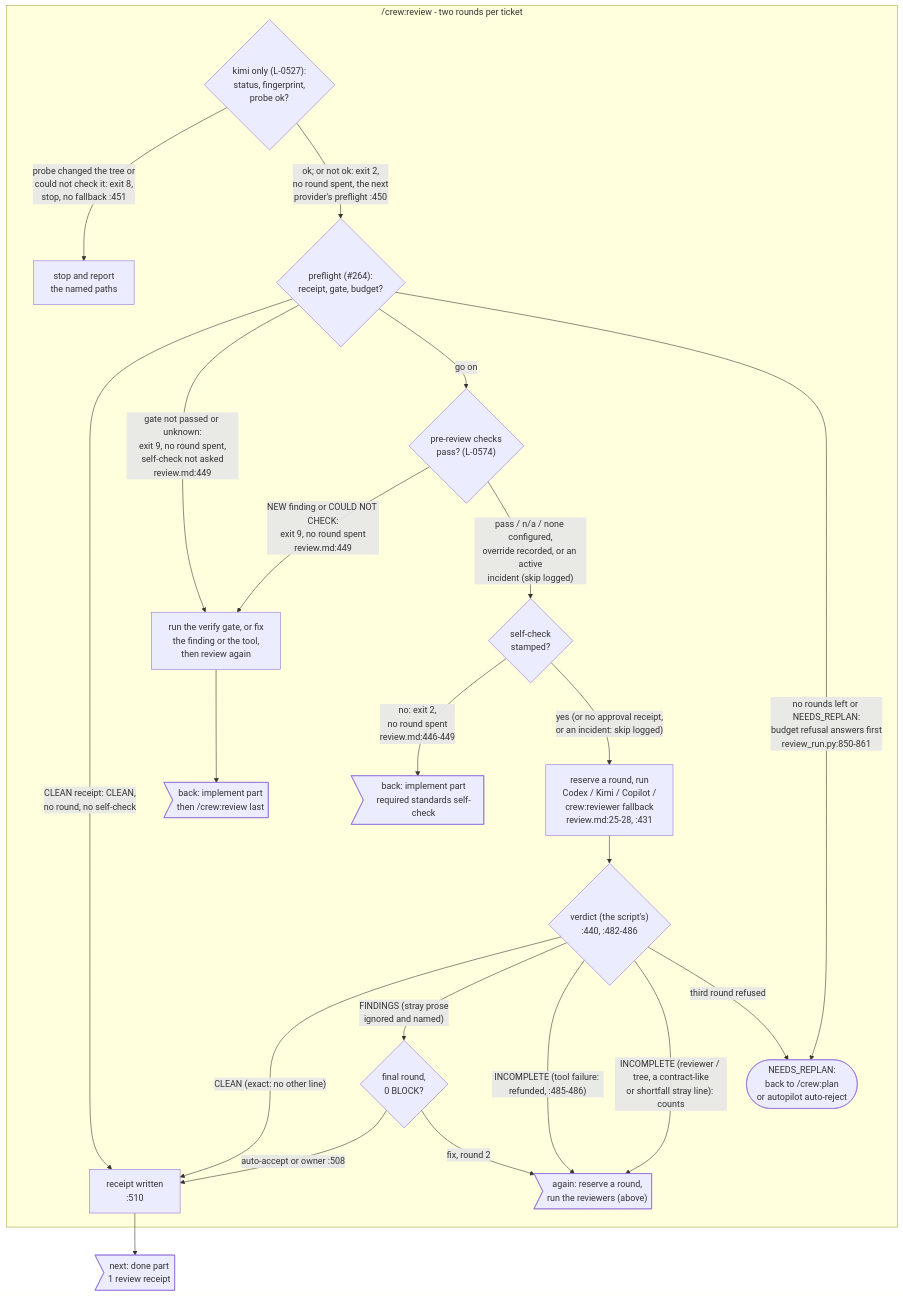
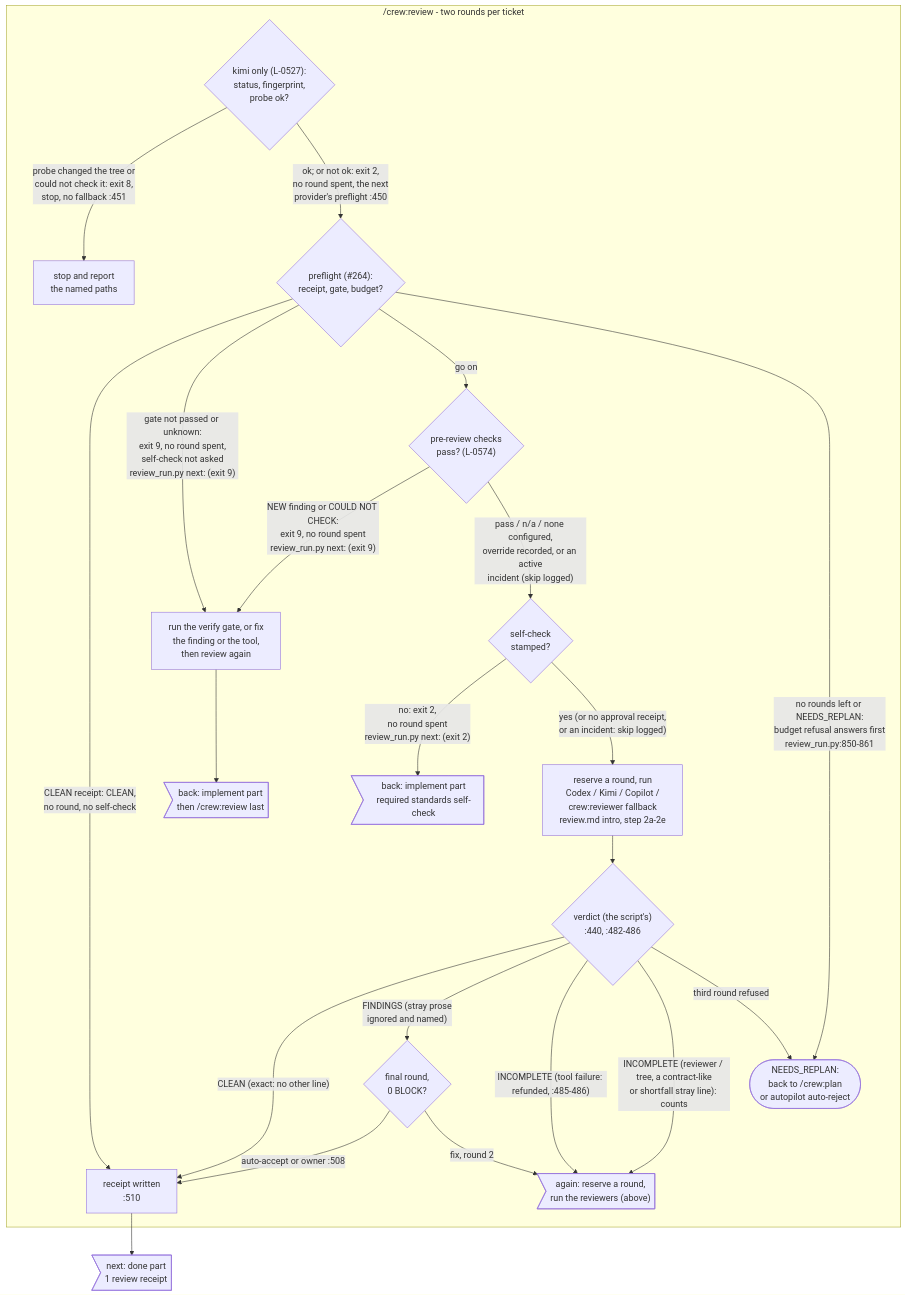
The diagram in docs/diagrams/process-crew-lifecycle-review.mmd (mbadali25/useful-claude-add-ons), drawn with Mermaid before and after one commit. The commit also changed 4 other files, not shown here.

First line of the commit message:
docs: review.md cut in BUDGETS, README, the review diagram, the codemap, verify.json paths

```diff
--- a/docs/diagrams/process-crew-lifecycle-review.mmd
+++ b/docs/diagrams/process-crew-lifecycle-review.mmd
@@ -1,67 +1,66 @@
 %% Generated from useful-claude-add-ons@f808e5f0 on 2026-10-03. Verify before trusting.
 %% Anchors: plugin/crew/commands/review.md, plugin/crew/hooks/scripts/review_run.py, plugin/crew/hooks/scripts/review_verdict.py, plugin/crew/hooks/scripts/crew_standards.py, plugin/crew/hooks/scripts/crew_autopilot.py
 %% Purpose: /crew:review: the preflight, pre-review and self-check gates that run before a round is spent, then the review rounds and their verdicts, ending in a receipt or NEEDS_REPLAN.
 %% One part of the crew lifecycle; process-crew-lifecycle.mmd is the overview and keeps the re-anchor history.
 %% Arrow-shaped nodes ("next:" / "back:" / "again:") stand for a node drawn in the named part.
 %% --
 %% Every node cites the command file's own line; files are named repo-relative
 %% here and by basename in the nodes (all under plugin/crew/commands/ unless
 %% named otherwise):
-%%   plugin/crew/commands/review.md:25-28 two rounds per ticket, a third is refused
-%%     -> NEEDS_REPLAN; :440 exit codes 0 CLEAN / 1 FINDINGS / 3 INCOMPLETE /
-%%     4 NEEDS_REPLAN / 2 not run; :451 Claude fallback; :482 the verdict is the
-%%     script's; :485-486 an INCOMPLETE's class and the tool-failure refund;
-%%     :502-504 round 2 is the last (rounds not refunded); :505-506 a final 0-BLOCK
-%%     round auto-accepts (--auto-accept --follow-up, L-0510); :507 anything else stops
-%%     for the owner with 2-4 options; :508 --accept --by <who>; :510 a CLEAN
-%%     round writes its receipt itself.
+%%   plugin/crew/commands/review.md (cut to 44 lines by L-0726; the shell and the exit-code
+%%     prose moved into review_run.py's `next:` lines and docs/crew/review.md): the intro (two
+%%     rounds per ticket, a third is refused -> NEEDS_REPLAN); step 2a-2e the reviewers; "the
+%%     verdict is the script's"; step 3.3 round 2 is the last (rounds not refunded), a final
+%%     0-BLOCK round auto-accepts (--auto-accept --follow-up, L-0510), anything else stops
+%%     for the owner with 2-4 options, --accept --by <who>; a CLEAN round writes its receipt
+%%     itself.
 %% --
 %% Note kp0: --provider kimi only (L-0527): ledger status, the "before" fingerprint, then
 %%    kimi_probe BEFORE preflight and reserve; what Kimi leaves running is ended first
-%%    review.md:240, :431-432, :450-451
+%%    review.md step 2e
 %% Note pf0: preflight (#264), first for every other provider: a CLEAN receipt covers this bundle? verify gate passed
 %%    this tree? review_run.py:672, :846
 %% Note pr0: no linter finding the bundle adds against its base? could every configured linter
 %%    check? review_run.py prereview_gate :731
 %% Note rv0: self-check stamped for this bundle and standards set? review_run.py standards_gate
 %% Note rv1: on one bundle; prompt carries the standards checklist, then the recurring-findings checklist, then any web tests
 %% Note rv3: report findings and every ignored line verbatim (:498-500); final round, 0 BLOCK?
 %%    else fix, or the owner accepts :503, :505-508
 %% Note pr0->fx0: NEW finding: exit 9, no round spent, not overridable; or COULD NOT CHECK: exit 9
 %%    unless --allow-unverified
 %% Note pf0->replan: the budget refusal answers first, no pre-review checks, no self-check
 %% Note rv2->rv3: FINDINGS (stray prose beside findings ignored and named: review_verdict.py:210-213)
 %% Note rv3->rcpt: auto-accept (L-0510): eligible, no specialist/control BLOCK; one follow-up ticket
 %%    :505-506 - or the owner accepts :508
 %% Note replan: also reached from rv3 under autopilot (T-0074): out of rounds with a BLOCK,
 %%    autopilot.maxAutoReplans 1 or more and the successor plan self-approvable, crew_autopilot.py
 %%    auto-reject (auto_replan_policy) rejects it; at the cap it stops for the owner
 flowchart TB
     subgraph review["/crew:review - two rounds per ticket"]
         kp0{"kimi only (L-0527):<br/>status, fingerprint,<br/>probe ok?"}
         kp0 -- "probe changed the tree or<br/>could not check it: exit 8,<br/>stop, no fallback :451" --> kx0["stop and report<br/>the named paths"]
         kp0 -- "ok; or not ok: exit 2,<br/>no round spent, the next<br/>provider's preflight :450" --> pf0
         pf0{"preflight (#264):<br/>receipt, gate, budget?"}
         pf0 -- "CLEAN receipt: CLEAN,<br/>no round, no self-check" --> rcpt
-        pf0 -- "gate not passed or unknown:<br/>exit 9, no round spent,<br/>self-check not asked<br/>review.md:449" --> fx0
+        pf0 -- "gate not passed or unknown:<br/>exit 9, no round spent,<br/>self-check not asked<br/>review_run.py next: (exit 9)" --> fx0
         pf0 -- "go on" --> pr0{"pre-review checks<br/>pass? (L-0574)"}
-        pr0 -- "NEW finding or COULD NOT CHECK:<br/>exit 9, no round spent<br/>review.md:449" --> fx0["run the verify gate, or fix<br/>the finding or the tool,<br/>then review again"]
+        pr0 -- "NEW finding or COULD NOT CHECK:<br/>exit 9, no round spent<br/>review_run.py next: (exit 9)" --> fx0["run the verify gate, or fix<br/>the finding or the tool,<br/>then review again"]
         fx0 --> to_im5
         pr0 -- "pass / n/a / none configured,<br/>override recorded, or an active<br/>incident (skip logged)" --> rv0{"self-check<br/>stamped?"}
         pf0 -- "no rounds left or NEEDS_REPLAN:<br/>budget refusal answers first<br/>review_run.py:850-861" --> replan
-        rv0 -- "no: exit 2,<br/>no round spent<br/>review.md:446-449" --> to_sc1
-        rv0 -- "yes (or no approval receipt,<br/>or an incident: skip logged)" --> rv1["reserve a round, run<br/>Codex / Kimi / Copilot /<br/>crew:reviewer fallback<br/>review.md:25-28, :431"]
+        rv0 -- "no: exit 2,<br/>no round spent<br/>review_run.py next: (exit 2)" --> to_sc1
+        rv0 -- "yes (or no approval receipt,<br/>or an incident: skip logged)" --> rv1["reserve a round, run<br/>Codex / Kimi / Copilot /<br/>crew:reviewer fallback<br/>review.md intro, step 2a-2e"]
         rv1 --> rv2{"verdict (the script's)<br/>:440, :482-486"}
         rv2 -- "CLEAN (exact: no other line)" --> rcpt["receipt written<br/>:510"]
         rv2 -- "FINDINGS (stray prose<br/>ignored and named)" --> rv3{"final round,<br/>0 BLOCK?"}
         rv3 -- "auto-accept or owner :508" --> rcpt
         rv3 -- "fix, round 2" --> again_rv1
         rv2 -- "INCOMPLETE (tool failure: refunded, :485-486)" --> again_rv1
         rv2 -- "INCOMPLETE (reviewer / tree, a contract-like<br/>or shortfall stray line): counts" --> again_rv1
         rv2 -- "third round refused" --> replan([NEEDS_REPLAN:<br/>back to /crew:plan<br/>or autopilot auto-reject])
     end
 
     again_rv1>"again: reserve a round,<br/>run the reviewers (above)"]
     to_im5>"back: implement part<br/>then /crew:review last"]
     to_sc1>"back: implement part<br/>required standards self-check"]
     rcpt --> to_dn1>"next: done part<br/>1 review receipt"]
```
